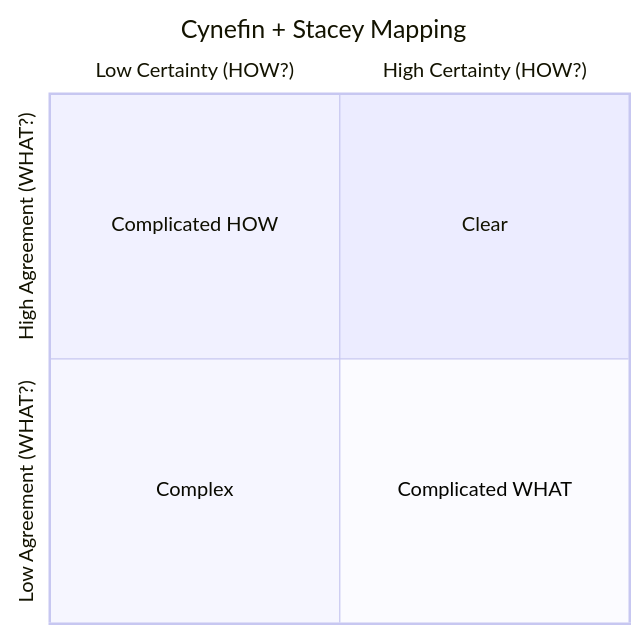
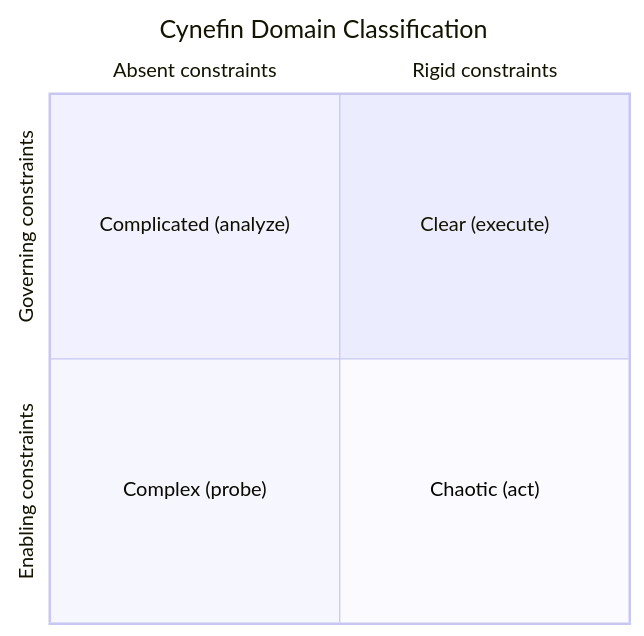
The third of 10 diagrams in README-full.md (digital-stoic-org/agent-skills), drawn with Mermaid before and after one commit. The commit also changed other lines of this file and 37 other files, not shown here.

First line of the commit message:
feat(cynefin): Cynefin-native architecture — /probe, /experiment, handoff templates, v0.18.0

````diff
--- a/README-full.md
+++ b/README-full.md
@@ -69,10 +71,10 @@
 ```mermaid
 quadrantChart
-    title Cynefin + Stacey Mapping
-    x-axis "Low Certainty (HOW?)" --> "High Certainty (HOW?)"
-    y-axis "Low Agreement (WHAT?)" --> "High Agreement (WHAT?)"
-    quadrant-1 "Clear"
-    quadrant-2 "Complicated HOW"
-    quadrant-3 "Complex"
-    quadrant-4 "Complicated WHAT"
+    title Cynefin Domain Classification
+    x-axis "Absent constraints" --> "Rigid constraints"
+    y-axis "Enabling constraints" --> "Governing constraints"
+    quadrant-1 "Clear (execute)"
+    quadrant-2 "Complicated (analyze)"
+    quadrant-3 "Complex (probe)"
+    quadrant-4 "Chaotic (act)"
 ```
````
